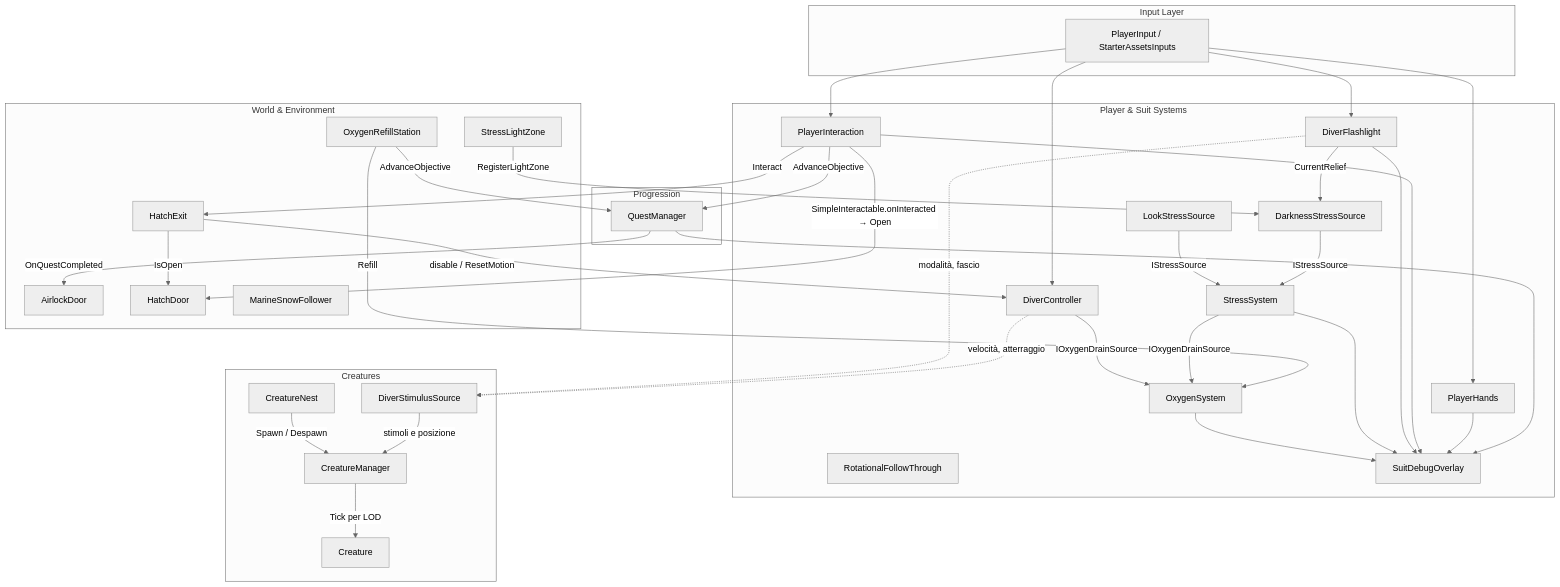
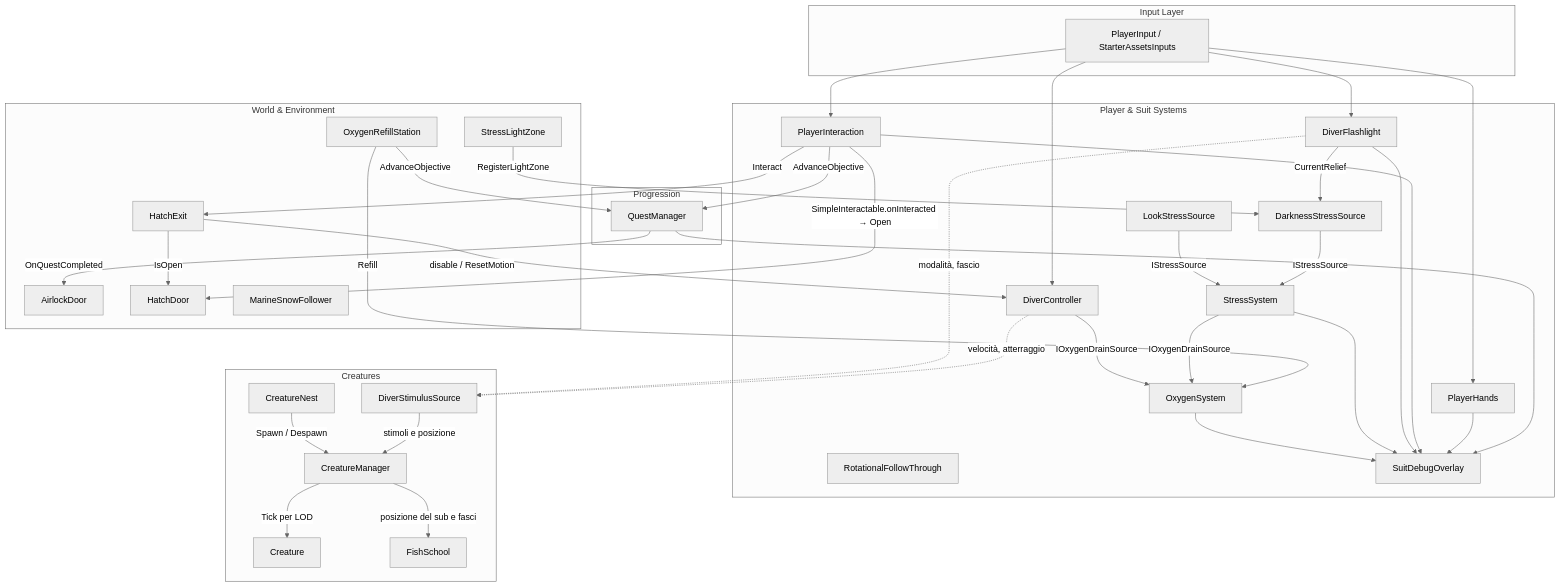
The diagram in documentation/README.md (Fr3nezy/Project_Deep), drawn with Mermaid (neutral theme) before and after one commit. The commit also changed other lines of this file and 7 other files, not shown here.

````diff
--- a/documentation/README.md
+++ b/documentation/README.md
@@ -114,80 +115,82 @@
 ```mermaid
 flowchart TD
     subgraph Input_Layer [Input Layer]
         Input[PlayerInput / StarterAssetsInputs]
     end
 
     subgraph Player_Systems [Player & Suit Systems]
         Diver[DiverController]
         Flashlight[DiverFlashlight]
         LookStress[LookStressSource]
         DarkStress[DarknessStressSource]
         Stress[StressSystem]
         Oxygen[OxygenSystem]
         Hands[PlayerHands]
         Interaction[PlayerInteraction]
         FollowThrough[RotationalFollowThrough]
         Feedback[SuitDebugOverlay]
     end
 
     subgraph World_Systems [World & Environment]
         LightZones[StressLightZone]
         RefillStation[OxygenRefillStation]
         Airlock[AirlockDoor]
         Hatch[HatchDoor]
         HatchExit[HatchExit]
         Snow[MarineSnowFollower]
     end
 
     subgraph Progression [Progression]
         Quests[QuestManager]
     end
 
     subgraph Fauna [Creatures]
         Nest[CreatureNest]
         CreatureMgr[CreatureManager]
         Creature[Creature]
         DiverStim[DiverStimulusSource]
+        School[FishSchool]
     end
 
     %% Input Wiring
     Input --> Diver
     Input --> Flashlight
     Input --> Interaction
     Input --> Hands
 
     %% Player Internal Wiring
     Diver -->|IOxygenDrainSource| Oxygen
     LookStress -->|IStressSource| Stress
     DarkStress -->|IStressSource| Stress
     Stress -->|IOxygenDrainSource| Oxygen
     Flashlight -->|CurrentRelief| DarkStress
 
     %% World to Player
     LightZones -->|RegisterLightZone| DarkStress
     RefillStation -->|Refill| Oxygen
     RefillStation -->|AdvanceObjective| Quests
     Interaction -->|AdvanceObjective| Quests
     Interaction -->|SimpleInteractable.onInteracted → Open| Hatch
     Interaction -->|Interact| HatchExit
     HatchExit -->|IsOpen| Hatch
     HatchExit -->|disable / ResetMotion| Diver
 
     %% Progression to World
     Quests -->|OnQuestCompleted| Airlock
 
     %% Feedback Wiring
     Oxygen --> Feedback
     Stress --> Feedback
     Flashlight --> Feedback
     Interaction --> Feedback
     Hands --> Feedback
     Quests --> Feedback
 
     %% Fauna
     Nest -->|Spawn / Despawn| CreatureMgr
     CreatureMgr -->|Tick per LOD| Creature
     DiverStim -->|stimoli e posizione| CreatureMgr
+    CreatureMgr -->|posizione del sub e fasci| School
     Flashlight -.->|modalità, fascio| DiverStim
     Diver -.->|velocità, atterraggio| DiverStim
 ```
````
